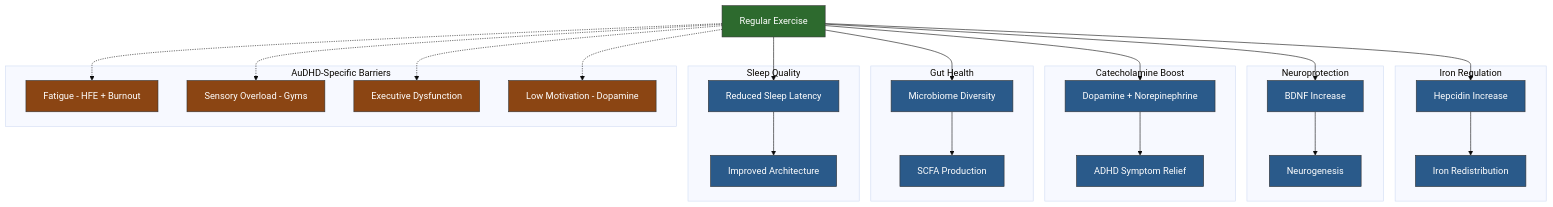
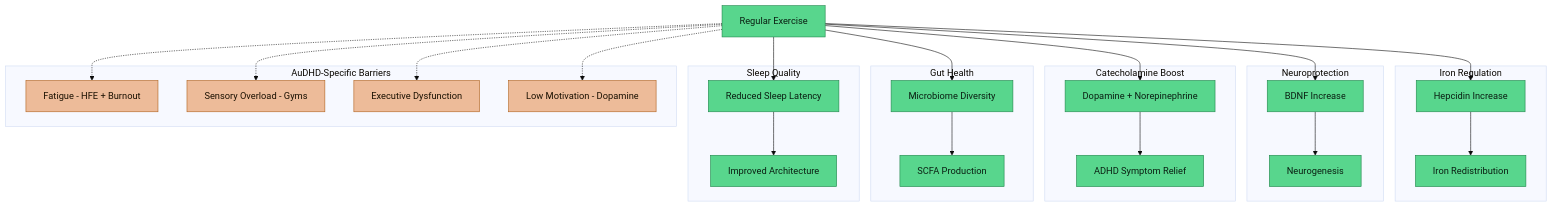
The diagram in research/Exercise as Medicine for AuDHD-HFE.md (Aegis-commits/ag-hfe-adhd-asd-research), drawn with Mermaid (base theme) before and after one commit. The commit also changed 39 other files, not shown here.

First line of the commit message:
docs(vault): standardise diagram colours for light-mode readability, add MOC quick nav

````diff
--- a/research/Exercise as Medicine for AuDHD-HFE.md
+++ b/research/Exercise as Medicine for AuDHD-HFE.md
@@ -32,55 +32,55 @@
 ```mermaid
 flowchart TD
     EX["Regular Exercise"]
 
     subgraph Iron["Iron Regulation"]
         HEP["Hepcidin Increase"]
         REDIST["Iron Redistribution"]
     end
 
     subgraph Neuro["Neuroprotection"]
         BDNF["BDNF Increase"]
         NEUROGEN["Neurogenesis"]
     end
 
     subgraph Catechol["Catecholamine Boost"]
         DA_NE["Dopamine + Norepinephrine"]
         ADHD_RELIEF["ADHD Symptom Relief"]
     end
 
     subgraph GutHealth["Gut Health"]
         MICROB["Microbiome Diversity"]
         SCFA["SCFA Production"]
     end
 
     subgraph SleepBenefit["Sleep Quality"]
         LATENCY["Reduced Sleep Latency"]
         QUALITY["Improved Architecture"]
     end
 
     subgraph Barriers["AuDHD-Specific Barriers"]
         FATIGUE["Fatigue - HFE + Burnout"]
         SENSORY_B["Sensory Overload - Gyms"]
         EXEC_B["Executive Dysfunction"]
         MOTIV["Low Motivation - Dopamine"]
     end
 
     EX --> HEP --> REDIST
     EX --> BDNF --> NEUROGEN
     EX --> DA_NE --> ADHD_RELIEF
     EX --> MICROB --> SCFA
     EX --> LATENCY --> QUALITY
 
     EX -.-> FATIGUE
     EX -.-> SENSORY_B
     EX -.-> EXEC_B
     EX -.-> MOTIV
 
-    classDef exercise fill:#2d6a2e,stroke:#333,color:#fff
-    classDef protective fill:#2a5a8a,stroke:#333,color:#fff
-    classDef barrier fill:#8b4513,stroke:#333,color:#fff
+    classDef exercise fill:#58d68d,stroke:#1e8449,color:#0a1f12
+    classDef protective fill:#58d68d,stroke:#1e8449,color:#0a1f12
+    classDef barrier fill:#edbb99,stroke:#af601a,color:#1a1000
 
     class EX exercise
     class HEP,REDIST,BDNF,NEUROGEN,DA_NE,ADHD_RELIEF,MICROB,SCFA,LATENCY,QUALITY protective
     class FATIGUE,SENSORY_B,EXEC_B,MOTIV barrier
 ```
````
